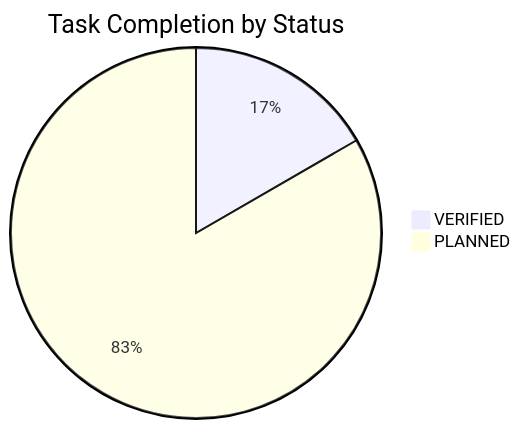
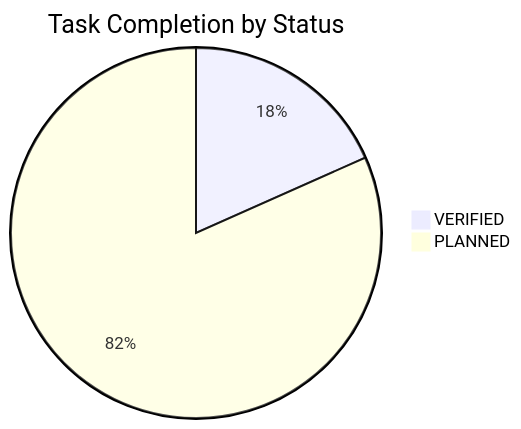
One commit to NguyenTriBaoThang/ClearWayAI changed the diagram in docs/TASK_BOARD.md. Above: the diagram before and after it, drawn with Mermaid. The commit also changed other lines of this file and 10 other files, not shown here.

Commit message:
feat(3d): implement vehicle motion system, deterministic snapshot fixture, and lane graph trajectories

````diff
--- a/docs/TASK_BOARD.md
+++ b/docs/TASK_BOARD.md
@@ -16,5 +16,5 @@
 ```mermaid
 pie title Task Completion by Status
-    "VERIFIED" : 10
-    "PLANNED" : 50
+    "VERIFIED" : 11
+    "PLANNED" : 49
 ```
````
